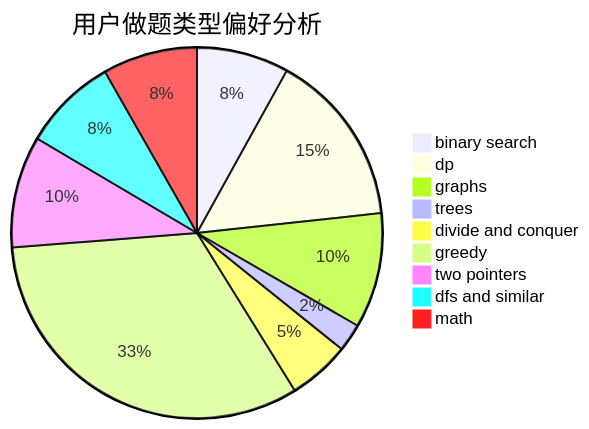
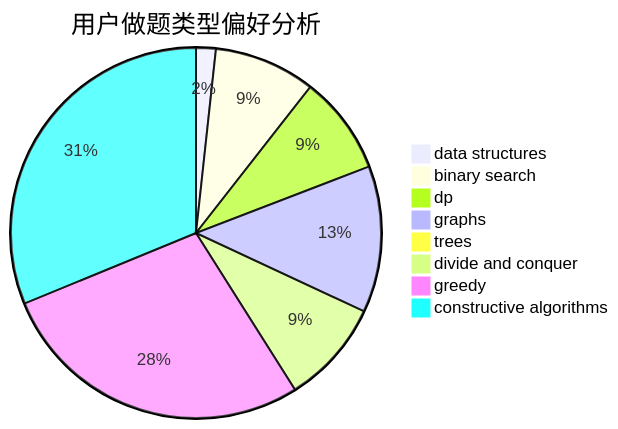
The second of 3 diagrams in docs/user/u2069.md (sherpahu/cfrs.github.io), drawn with Mermaid before and after one commit. The commit also changed other lines of this file and 2775 other files, not shown here.

````diff
--- a/docs/user/u2069.md
+++ b/docs/user/u2069.md
@@ -23,12 +23,11 @@
 ```mermaid
 pie title 用户做题类型偏好分析
-    "binary search" :  76
-    "dp" :  144
-    "graphs" :  95
-    "trees" :  23
-    "divide and conquer" :  51
-    "greedy" :  308
-    "two pointers" :  92
-    "dfs and similar" :  78
-    "math" :  78
+    "data structures" :  7
+    "binary search" :  36
+    "dp" :  35
+    "graphs" :  52
+    "trees" :  0
+    "divide and conquer" :  37
+    "greedy" :  113
+    "constructive algorithms" :  127
 ```
````
